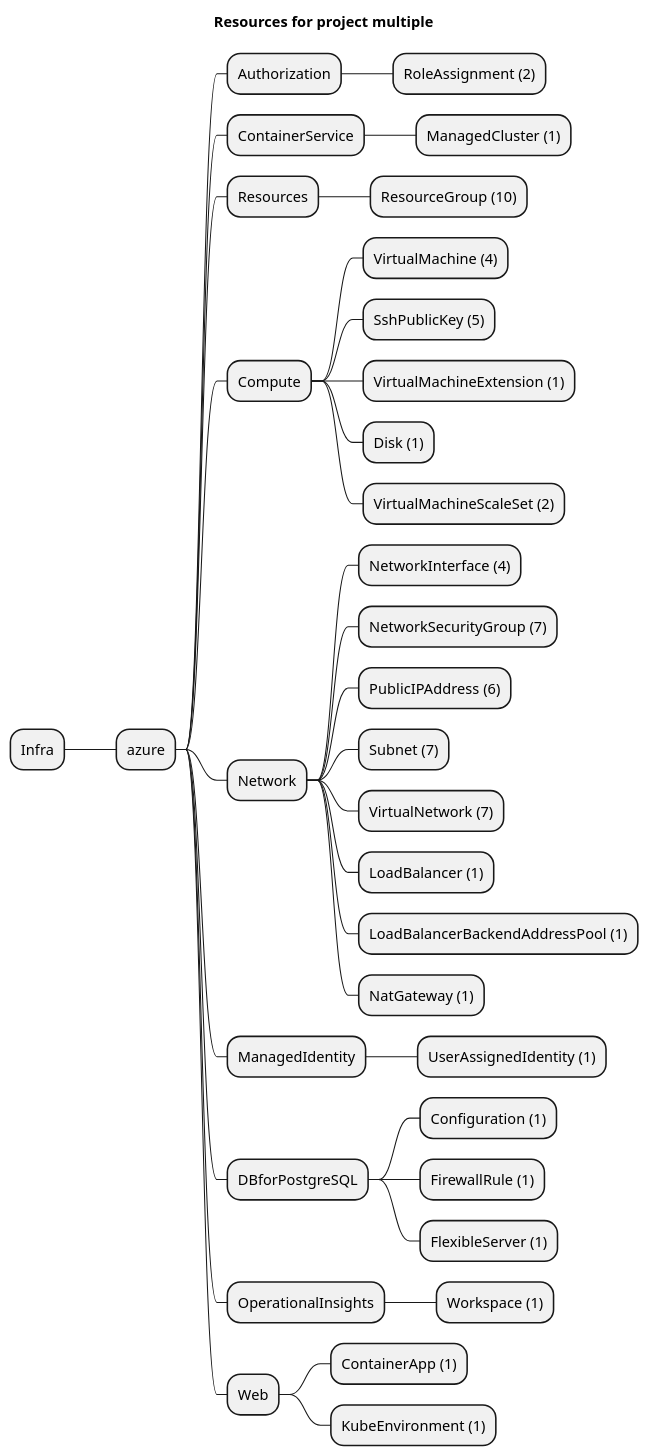
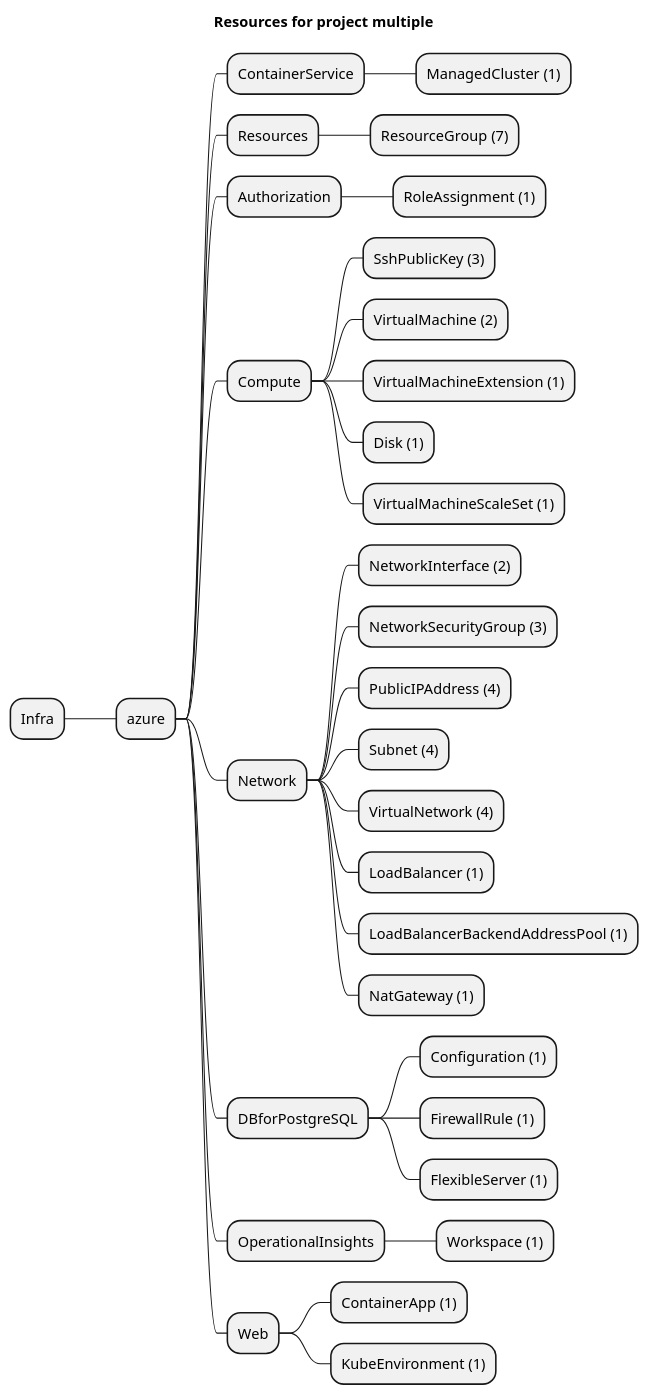
Before and after one commit to grucloud/grucloud: the diagram in examples/azure/multiple/artifacts/resources-mindmap.puml, drawn with PlantUML. The commit also changed 44 other files, not shown here.

```diff
--- a/examples/azure/multiple/artifacts/resources-mindmap.puml
+++ b/examples/azure/multiple/artifacts/resources-mindmap.puml
@@ -1,38 +1,36 @@
 @startmindmap
 title Resources for project multiple
 skinparam monochrome true
 + Infra
 ++ azure
-+++ Authorization
-++++ RoleAssignment (2)
 +++ ContainerService
 ++++ ManagedCluster (1)
 +++ Resources
-++++ ResourceGroup (10)
+++++ ResourceGroup (7)
++++ Authorization
+++++ RoleAssignment (1)
 +++ Compute
-++++ VirtualMachine (4)
-++++ SshPublicKey (5)
+++++ SshPublicKey (3)
+++++ VirtualMachine (2)
 ++++ VirtualMachineExtension (1)
 ++++ Disk (1)
-++++ VirtualMachineScaleSet (2)
+++++ VirtualMachineScaleSet (1)
 +++ Network
-++++ NetworkInterface (4)
-++++ NetworkSecurityGroup (7)
-++++ PublicIPAddress (6)
-++++ Subnet (7)
-++++ VirtualNetwork (7)
+++++ NetworkInterface (2)
+++++ NetworkSecurityGroup (3)
+++++ PublicIPAddress (4)
+++++ Subnet (4)
+++++ VirtualNetwork (4)
 ++++ LoadBalancer (1)
 ++++ LoadBalancerBackendAddressPool (1)
 ++++ NatGateway (1)
-+++ ManagedIdentity
-++++ UserAssignedIdentity (1)
 +++ DBforPostgreSQL
 ++++ Configuration (1)
 ++++ FirewallRule (1)
 ++++ FlexibleServer (1)
 +++ OperationalInsights
 ++++ Workspace (1)
 +++ Web
 ++++ ContainerApp (1)
 ++++ KubeEnvironment (1)
 @endmindmap
```
